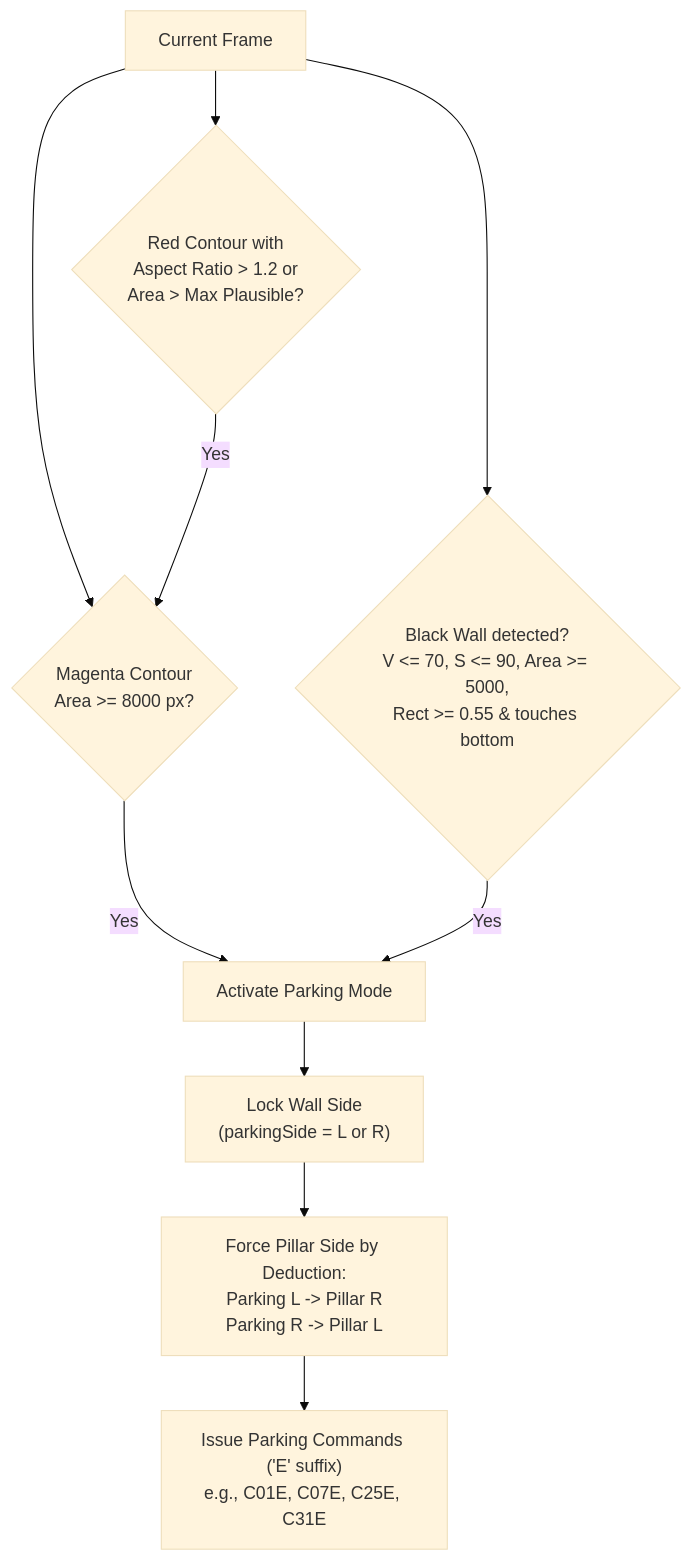
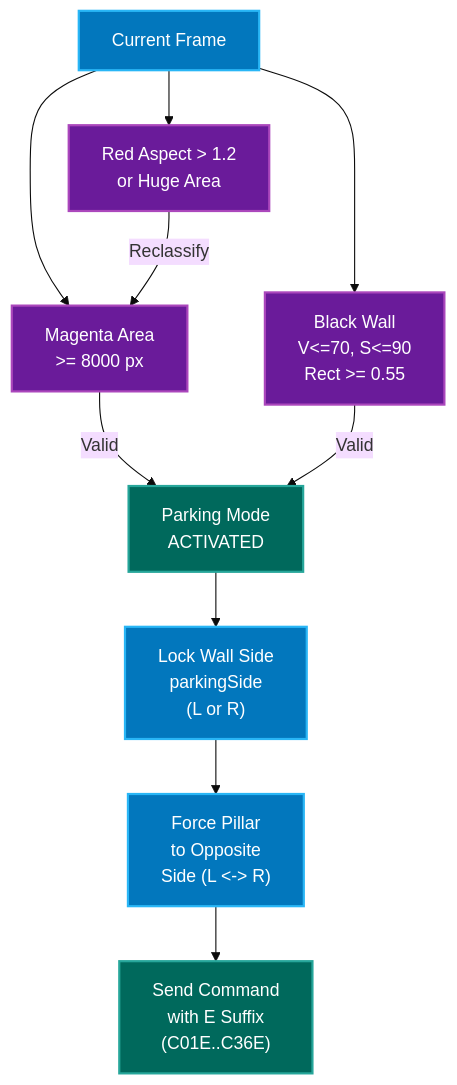
Before and after one commit to SamFlips/APP-WRO-PROMETHEUS-TEAM: the second of 2 diagrams in README.md, drawn with Mermaid (base theme). The commit also changed other lines of this file, not shown here.

````diff
--- a/README.md
+++ b/README.md
@@ -159,14 +168,25 @@
 ```mermaid
-flowchart TD
-    A["Current Frame"] --> B{"Magenta Contour<br/>Area >= 8000 px?"}
-    A --> C{"Red Contour with<br/>Aspect Ratio > 1.2 or<br/>Area > Max Plausible?"}
-    A --> D{"Black Wall detected?<br/>V <= 70, S <= 90, Area >= 5000,<br/>Rect >= 0.55 & touches bottom"}
+graph TD
+    classDef purple fill:#6a1b9a,stroke:#ab47bc,stroke-width:2px,color:#fff;
+    classDef cyan fill:#0277bd,stroke:#29b6f6,stroke-width:2px,color:#fff;
+    classDef green fill:#00695c,stroke:#26a69a,stroke-width:2px,color:#fff;
 
-    B -- Yes --> E["Activate Parking Mode"]
-    C -- Yes --> B
-    D -- Yes --> E
+    A["Current Frame"]:::cyan
+    B["Magenta Area<br>>= 8000 px"]:::purple
+    C["Red Aspect > 1.2<br>or Huge Area"]:::purple
+    D["Black Wall<br>V<=70, S<=90<br>Rect >= 0.55"]:::purple
+    E["Parking Mode<br>ACTIVATED"]:::green
+    F["Lock Wall Side<br>parkingSide<br>(L or R)"]:::cyan
+    G["Force Pillar<br>to Opposite<br>Side (L <-> R)"]:::cyan
+    H["Send Command<br>with E Suffix<br>(C01E..C36E)"]:::green
 
-    E --> F["Lock Wall Side<br/>(parkingSide = L or R)"]
-    F --> G["Force Pillar Side by Deduction:<br/>Parking L -> Pillar R<br/>Parking R -> Pillar L"]
-    G --> H["Issue Parking Commands ('E' suffix)<br/>e.g., C01E, C07E, C25E, C31E"]
+    A --> B
+    A --> C
+    A --> D
+    C -->|Reclassify| B
+    B -->|Valid| E
+    D -->|Valid| E
+    E --> F
+    F --> G
+    G --> H
 ```
````
